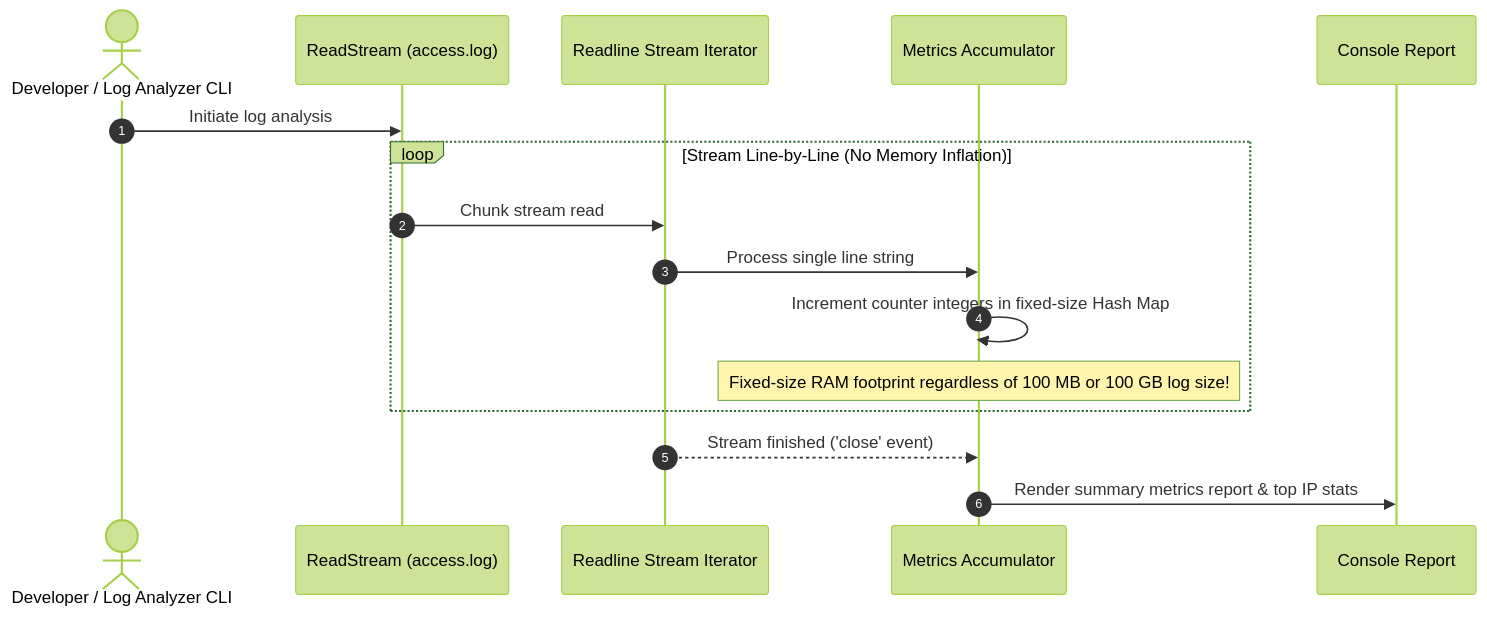
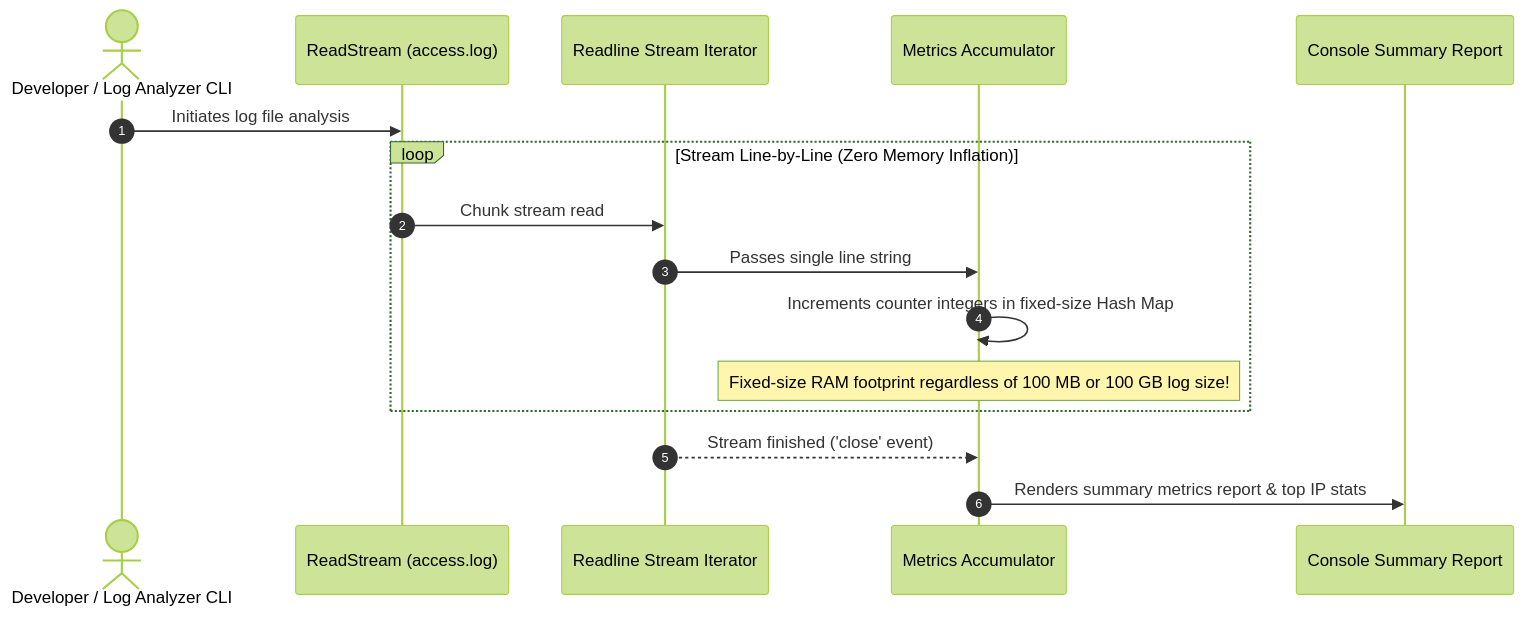
The second of 3 diagrams in nodejs-notes/31-project-log-analyzer.md (Amie-dev/engineering-playbook), drawn with Mermaid (forest theme) before and after one commit. The commit also changed other lines of this file and 31 other files, not shown here.

````diff
--- a/nodejs-notes/31-project-log-analyzer.md
+++ b/nodejs-notes/31-project-log-analyzer.md
@@ -37,21 +42,21 @@
 ```mermaid
 sequenceDiagram
     autonumber
     actor CLI as Developer / Log Analyzer CLI
     participant File as ReadStream (access.log)
     participant RL as Readline Stream Iterator
     participant Acc as Metrics Accumulator
-    participant Output as Console Report
+    participant Output as Console Summary Report
 
-    CLI->>File: Initiate log analysis
+    CLI->>File: Initiates log file analysis
     
-    loop Stream Line-by-Line (No Memory Inflation)
+    loop Stream Line-by-Line (Zero Memory Inflation)
         File->>RL: Chunk stream read
-        RL->>Acc: Process single line string
-        Acc->>Acc: Increment counter integers in fixed-size Hash Map
-        Note over Acc: Fixed-size RAM footprint regardless of 100 MB or 100 GB log size!
+        RL->>Acc: Passes single line string
+        Acc->>Acc: Increments counter integers in fixed-size Hash Map
+        note over Acc: Fixed-size RAM footprint regardless of 100 MB or 100 GB log size!
     end
 
     RL-->>Acc: Stream finished ('close' event)
-    Acc->>Output: Render summary metrics report & top IP stats
+    Acc->>Output: Renders summary metrics report & top IP stats
 ```
````
